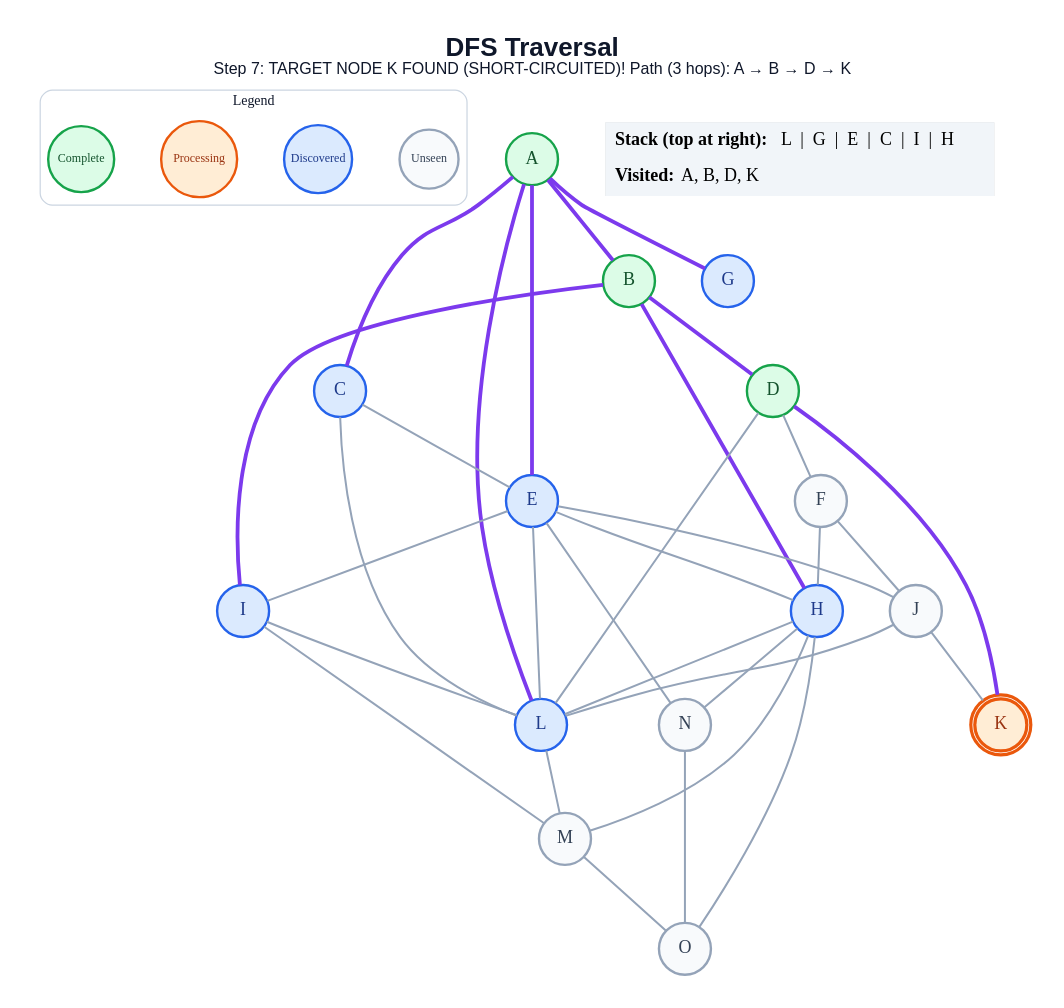
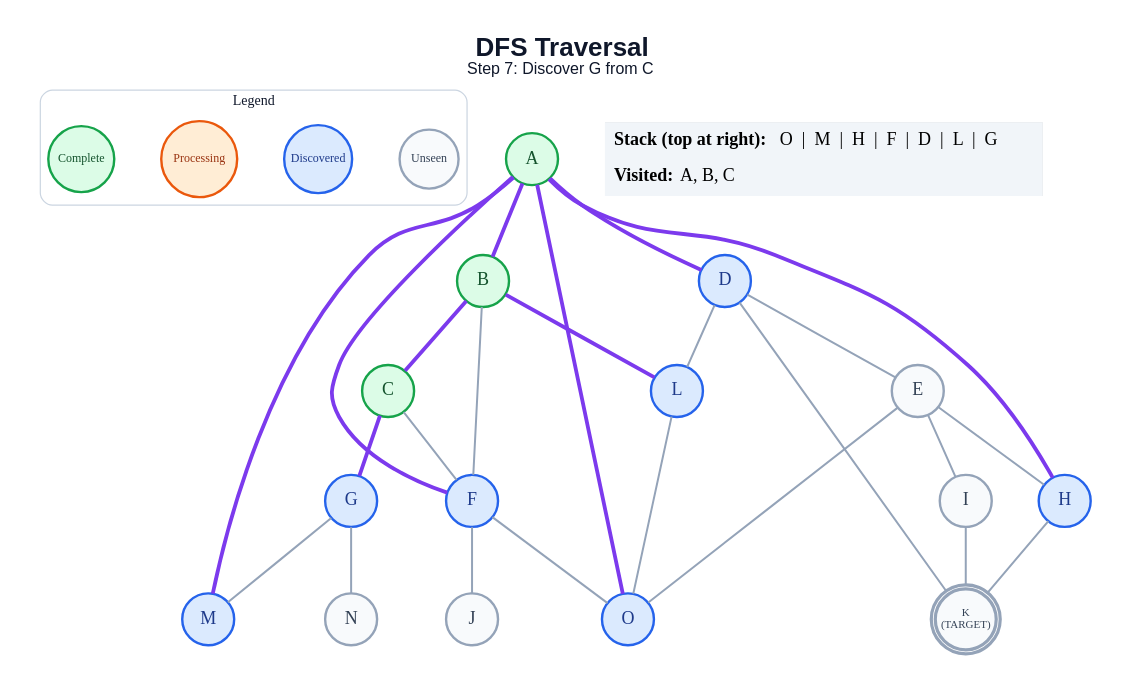
The diagram in generated/short-circuit/dfs/step_07.dot (anon7238593-create/ai-slop), drawn with Graphviz before and after one commit. The commit also changed 283 other files, not shown here.

```diff
--- a/generated/short-circuit/dfs/step_07.dot
+++ b/generated/short-circuit/dfs/step_07.dot
@@ -1,65 +1,58 @@
 graph traversal {
   graph [layout=dot, rankdir=TB, bgcolor="#FFFFFF", pad="0.35", nodesep="0.65", ranksep="0.8", fontname="Arial"];
   node [shape=circle, style="filled", fontname="Arial Bold", fontsize=18, width=0.72, fixedsize=true, penwidth=2.4];
   edge [color="#94A3B8", penwidth=2.0];
-  label=<<B>DFS Traversal</B><BR/><FONT POINT-SIZE="16">Step 7: TARGET NODE K FOUND (SHORT-CIRCUITED)! Path (3 hops): A → B → D → K</FONT>>; labelloc="t"; fontsize=26; fontname="Arial"; fontcolor="#0F172A";
+  label=<<B>DFS Traversal</B><BR/><FONT POINT-SIZE="16">Step 7: Discover G from C</FONT>>; labelloc="t"; fontsize=26; fontname="Arial"; fontcolor="#0F172A";
   subgraph cluster_legend { label="Legend"; color="#CBD5E1"; penwidth=1.2; style="rounded"; fontsize=14; fontname="Arial Bold";
     key_unseen [label="Unseen", fillcolor="#F8FAFC", color="#94A3B8", fontcolor="#334155", fontsize=12, width=0.82];
     key_frontier [label="Discovered", fillcolor="#DBEAFE", color="#2563EB", fontcolor="#1E3A8A", fontsize=12, width=0.95];
     key_current [label="Processing", fillcolor="#FFEDD5", color="#EA580C", fontcolor="#9A3412", fontsize=12, width=1.05];
     key_done [label="Complete", fillcolor="#DCFCE7", color="#16A34A", fontcolor="#14532D", fontsize=12, width=0.92];
     { rank=same; key_unseen; key_frontier; key_current; key_done; }
   }
   A [label="A", fillcolor="#DCFCE7", color="#16A34A", fontcolor="#14532D", peripheries=1, penwidth=2.4];
   B [label="B", fillcolor="#DCFCE7", color="#16A34A", fontcolor="#14532D", peripheries=1, penwidth=2.4];
-  C [label="C", fillcolor="#DBEAFE", color="#2563EB", fontcolor="#1E3A8A", peripheries=1, penwidth=2.4];
-  D [label="D", fillcolor="#DCFCE7", color="#16A34A", fontcolor="#14532D", peripheries=1, penwidth=2.4];
-  E [label="E", fillcolor="#DBEAFE", color="#2563EB", fontcolor="#1E3A8A", peripheries=1, penwidth=2.4];
-  F [label="F", fillcolor="#F8FAFC", color="#94A3B8", fontcolor="#334155", peripheries=1, penwidth=2.4];
+  C [label="C", fillcolor="#DCFCE7", color="#16A34A", fontcolor="#14532D", peripheries=1, penwidth=2.4];
+  D [label="D", fillcolor="#DBEAFE", color="#2563EB", fontcolor="#1E3A8A", peripheries=1, penwidth=2.4];
+  E [label="E", fillcolor="#F8FAFC", color="#94A3B8", fontcolor="#334155", peripheries=1, penwidth=2.4];
+  F [label="F", fillcolor="#DBEAFE", color="#2563EB", fontcolor="#1E3A8A", peripheries=1, penwidth=2.4];
   G [label="G", fillcolor="#DBEAFE", color="#2563EB", fontcolor="#1E3A8A", peripheries=1, penwidth=2.4];
   H [label="H", fillcolor="#DBEAFE", color="#2563EB", fontcolor="#1E3A8A", peripheries=1, penwidth=2.4];
-  I [label="I", fillcolor="#DBEAFE", color="#2563EB", fontcolor="#1E3A8A", peripheries=1, penwidth=2.4];
+  I [label="I", fillcolor="#F8FAFC", color="#94A3B8", fontcolor="#334155", peripheries=1, penwidth=2.4];
   J [label="J", fillcolor="#F8FAFC", color="#94A3B8", fontcolor="#334155", peripheries=1, penwidth=2.4];
-  K [label="K", fillcolor="#FFEDD5", color="#EA580C", fontcolor="#9A3412", peripheries=2, penwidth=3.2];
+  K [label="K\n(TARGET)", fillcolor="#F8FAFC", color="#94A3B8", fontcolor="#334155", peripheries=2, penwidth=3.2, fontsize=11, width=0.85, height=0.85];
   L [label="L", fillcolor="#DBEAFE", color="#2563EB", fontcolor="#1E3A8A", peripheries=1, penwidth=2.4];
-  M [label="M", fillcolor="#F8FAFC", color="#94A3B8", fontcolor="#334155", peripheries=1, penwidth=2.4];
+  M [label="M", fillcolor="#DBEAFE", color="#2563EB", fontcolor="#1E3A8A", peripheries=1, penwidth=2.4];
   N [label="N", fillcolor="#F8FAFC", color="#94A3B8", fontcolor="#334155", peripheries=1, penwidth=2.4];
-  O [label="O", fillcolor="#F8FAFC", color="#94A3B8", fontcolor="#334155", peripheries=1, penwidth=2.4];
+  O [label="O", fillcolor="#DBEAFE", color="#2563EB", fontcolor="#1E3A8A", peripheries=1, penwidth=2.4];
   A -- B [color="#7C3AED", penwidth=3.8];
-  A -- C [color="#7C3AED", penwidth=3.8];
-  A -- E [color="#7C3AED", penwidth=3.8];
-  A -- G [color="#7C3AED", penwidth=3.8];
-  A -- L [color="#7C3AED", penwidth=3.8];
-  B -- D [color="#7C3AED", penwidth=3.8];
-  B -- H [color="#7C3AED", penwidth=3.8];
-  B -- I [color="#7C3AED", penwidth=3.8];
-  C -- E;
-  C -- L;
-  D -- F;
-  D -- K [color="#7C3AED", penwidth=3.8];
+  A -- D [color="#7C3AED", penwidth=3.8];
+  A -- F [color="#7C3AED", penwidth=3.8];
+  A -- H [color="#7C3AED", penwidth=3.8];
+  A -- M [color="#7C3AED", penwidth=3.8];
+  A -- O [color="#7C3AED", penwidth=3.8];
+  B -- C [color="#7C3AED", penwidth=3.8];
+  B -- F;
+  B -- L [color="#7C3AED", penwidth=3.8];
+  C -- F;
+  C -- G [color="#7C3AED", penwidth=3.8];
+  D -- E;
+  D -- K;
   D -- L;
   E -- H;
   E -- I;
-  E -- J;
-  E -- L;
-  E -- N;
-  F -- H;
+  E -- O;
   F -- J;
-  H -- L;
-  H -- M;
-  H -- N;
-  H -- O;
-  I -- L;
-  I -- M;
-  J -- K;
-  J -- L;
-  L -- M;
-  M -- O;
-  N -- O;
+  F -- O;
+  G -- M;
+  G -- N;
+  H -- K;
+  I -- K;
+  L -- O;
   status [shape=plain, fixedsize=false, width=0, height=0, margin=0, label=<
     <TABLE BORDER="0" CELLBORDER="0" CELLPADDING="7" BGCOLOR="#F1F5F9">
-      <TR><TD ALIGN="LEFT"><B>Stack (top at right):</B> L  |  G  |  E  |  C  |  I  |  H</TD></TR>
-      <TR><TD ALIGN="LEFT"><B>Visited:</B> A, B, D, K</TD></TR>
+      <TR><TD ALIGN="LEFT"><B>Stack (top at right):</B> O  |  M  |  H  |  F  |  D  |  L  |  G</TD></TR>
+      <TR><TD ALIGN="LEFT"><B>Visited:</B> A, B, C</TD></TR>
     </TABLE>
   >];
 }
```
